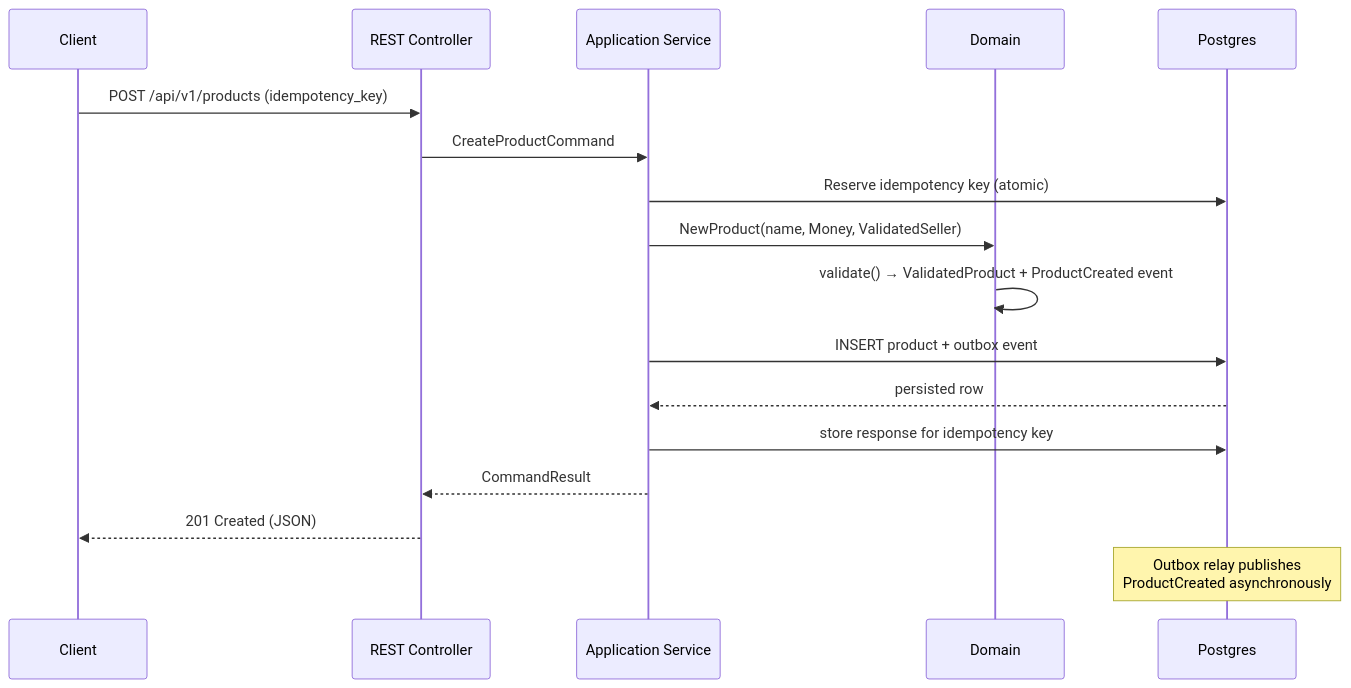
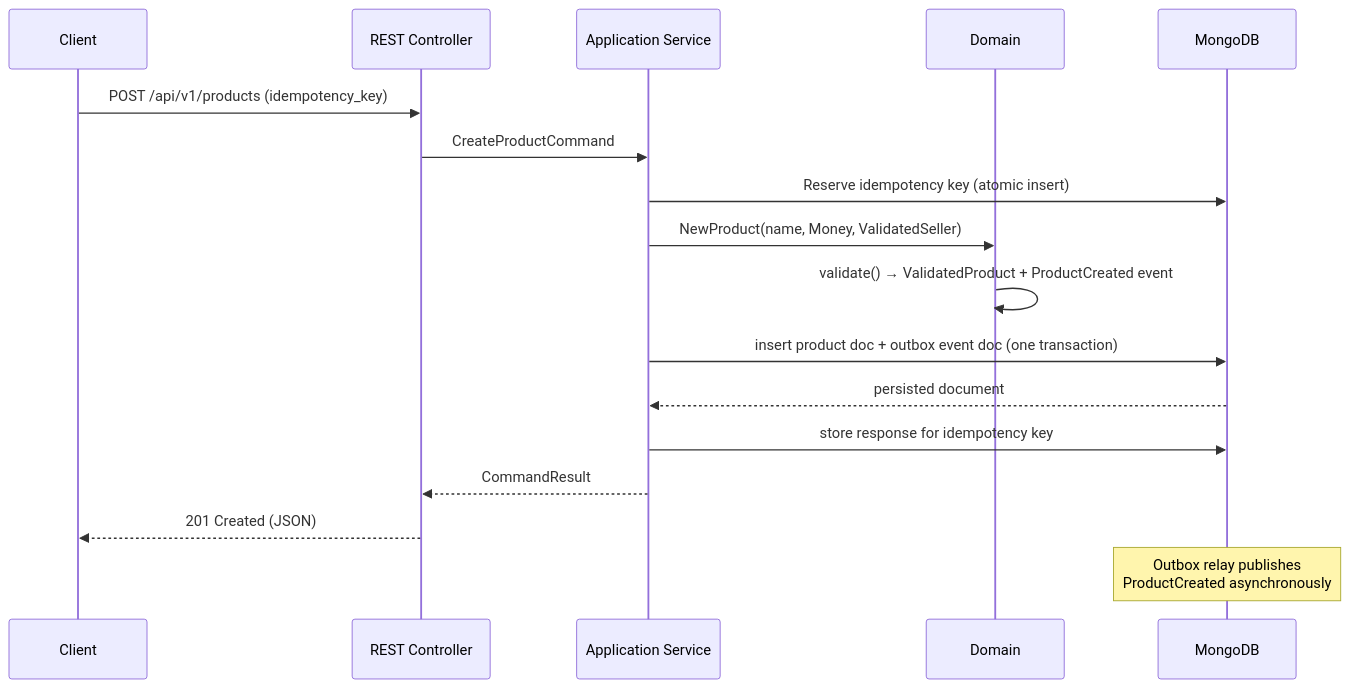
The diagram in README.md (dev-colab-hub/backend), drawn with Mermaid before and after one commit. The commit also changed other lines of this file and 760 other files, not shown here.

````diff
--- a/README.md
+++ b/README.md
@@ -48,20 +39,20 @@
 ```mermaid
 sequenceDiagram
     participant C as Client
     participant R as REST Controller
     participant S as Application Service
     participant D as Domain
-    participant P as Postgres
+    participant M as MongoDB
 
     C->>R: POST /api/v1/products (idempotency_key)
     R->>S: CreateProductCommand
-    S->>P: Reserve idempotency key (atomic)
+    S->>M: Reserve idempotency key (atomic insert)
     S->>D: NewProduct(name, Money, ValidatedSeller)
     D->>D: validate() → ValidatedProduct + ProductCreated event
-    S->>P: INSERT product + outbox event
-    P-->>S: persisted row
-    S->>P: store response for idempotency key
+    S->>M: insert product doc + outbox event doc (one transaction)
+    M-->>S: persisted document
+    S->>M: store response for idempotency key
     S-->>R: CommandResult
     R-->>C: 201 Created (JSON)
-    Note over P: Outbox relay publishes<br/>ProductCreated asynchronously
+    Note over M: Outbox relay publishes<br/>ProductCreated asynchronously
 ```
````
